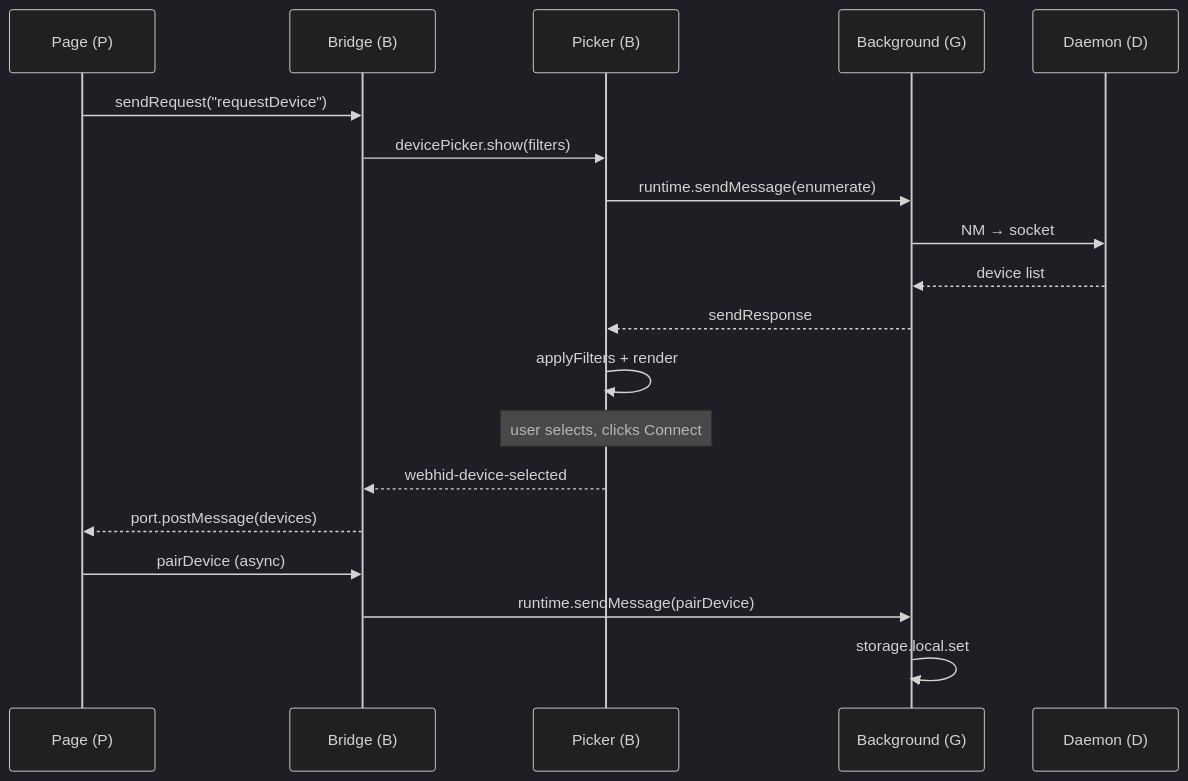
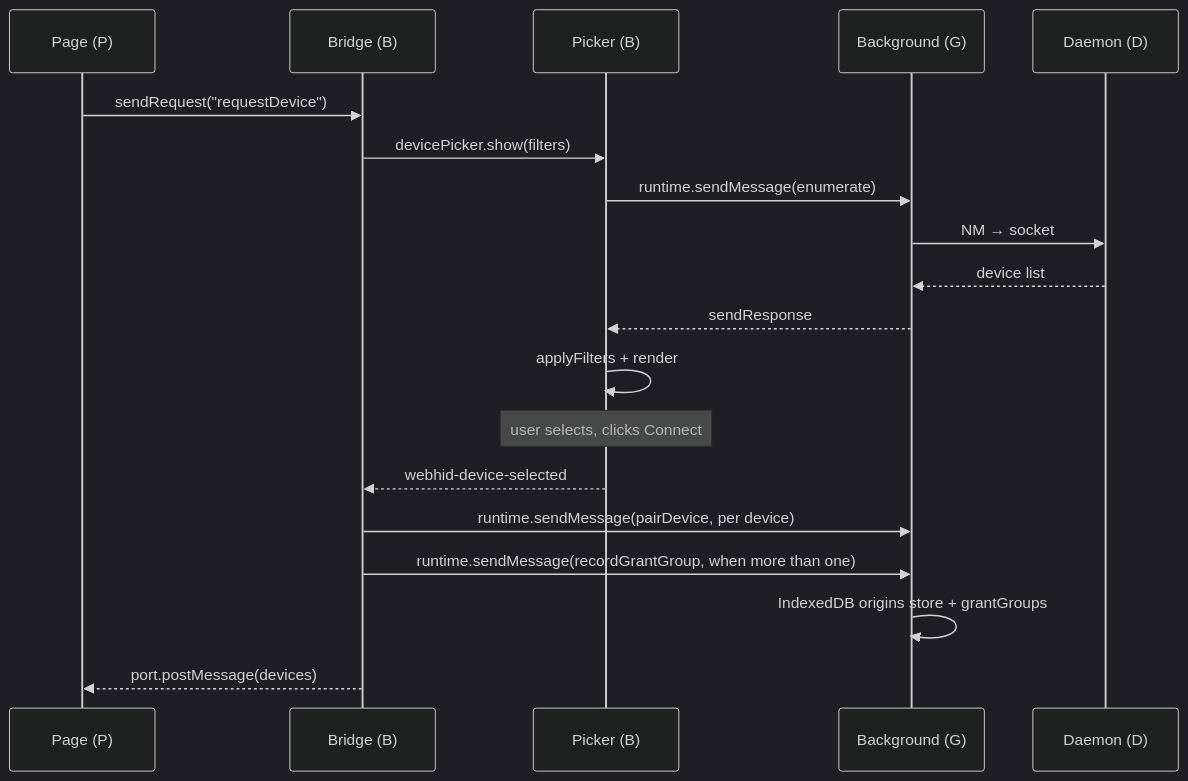
One commit to K4zoku/FF-WebHID changed diagram 12 of 16 in docs/DATA_PATH.md. Above: the diagram before and after it, drawn with Mermaid (dark theme). The commit also changed other lines of this file and 8 other files, not shown here.

````diff
--- a/docs/DATA_PATH.md
+++ b/docs/DATA_PATH.md
@@ -584,22 +583,22 @@
 ```mermaid
 sequenceDiagram
     participant P as Page (P)
     participant B as Bridge (B)
     participant Picker as Picker (B)
     participant G as Background (G)
     participant D as Daemon (D)
 
     P->>B: sendRequest("requestDevice")
     B->>Picker: devicePicker.show(filters)
     Picker->>G: runtime.sendMessage(enumerate)
     G->>D: NM → socket
     D-->>G: device list
     G-->>Picker: sendResponse
     Picker->>Picker: applyFilters + render
     Note over Picker: user selects, clicks Connect
     Picker-->>B: webhid-device-selected
+    B->>G: runtime.sendMessage(pairDevice, per device)
+    B->>G: runtime.sendMessage(recordGrantGroup, when more than one)
+    G->>G: IndexedDB origins store + grantGroups
     B-->>P: port.postMessage(devices)
-    P->>B: pairDevice (async)
-    B->>G: runtime.sendMessage(pairDevice)
-    G->>G: storage.local.set
 ```
````
